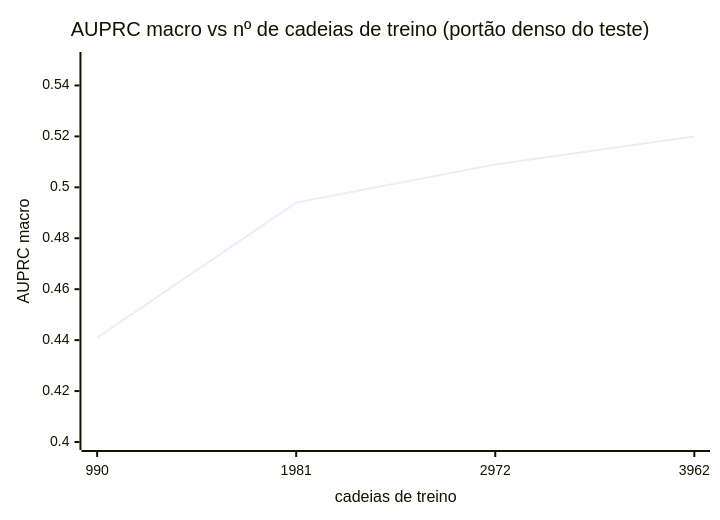
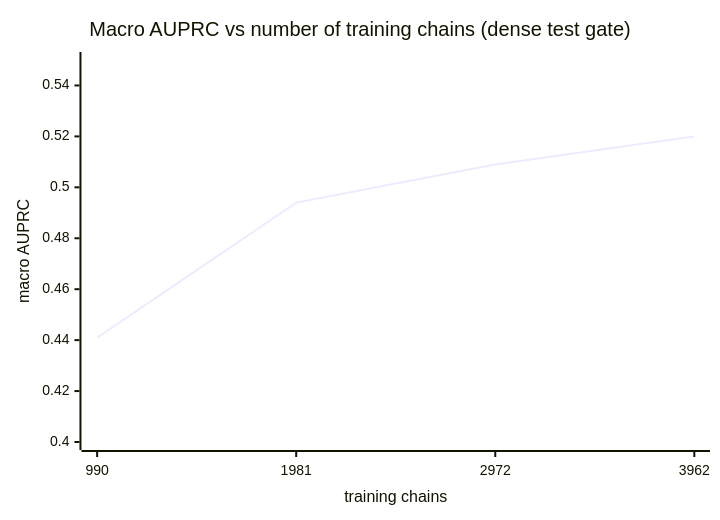
The diagram in README.md (labitec-cloud/SPIN-Seq), drawn with Mermaid before and after one commit. The commit also changed other lines of this file, not shown here.

````diff
--- a/README.md
+++ b/README.md
@@ -75,7 +69,7 @@
 ```mermaid
 xychart-beta
-    title "AUPRC macro vs nº de cadeias de treino (portão denso do teste)"
-    x-axis "cadeias de treino" [990, 1981, 2972, 3962]
-    y-axis "AUPRC macro" 0.40 --> 0.55
+    title "Macro AUPRC vs number of training chains (dense test gate)"
+    x-axis "training chains" [990, 1981, 2972, 3962]
+    y-axis "macro AUPRC" 0.40 --> 0.55
     line [0.441, 0.494, 0.509, 0.520]
 ```
````
